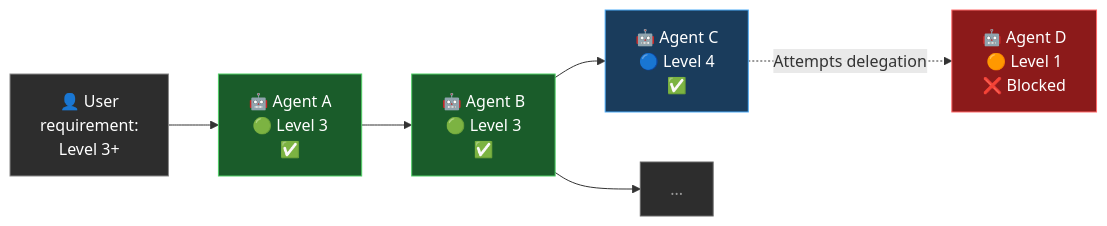
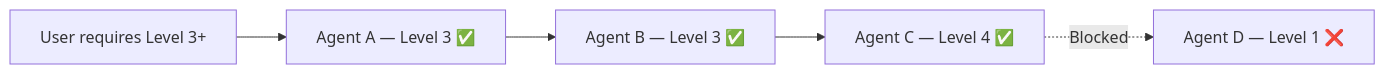
Before and after one commit to StevenJohnson998/agent-data-handling-policy: the fourth of 4 diagrams in README.md, drawn with Mermaid. The commit also changed other lines of this file, not shown here.

Commit message:
flowchart improvement

````diff
--- a/README.md
+++ b/README.md
@@ -130,15 +109,7 @@
 ```mermaid
 flowchart LR
-    U["👤 User\n requirement:\nLevel 3+"] --> A["🤖 Agent A\n🟢 Level 3\n✅"]
-    A --> B["🤖 Agent B\n🟢 Level 3\n✅"]
-    B --> C["🤖 Agent C\n🔵 Level 4\n✅"]
-    C -.->|"Attempts delegation"| D["🤖 Agent D\n🟠 Level 1\n❌ Blocked"]
-    B --> E["..."]
-
-    style A fill:#1a5c2a,stroke:#51cf66,color:#fff
-    style B fill:#1a5c2a,stroke:#51cf66,color:#fff
-    style C fill:#1a3c5c,stroke:#4dabf7,color:#fff
-    style D fill:#8c1a1a,stroke:#ff6b6b,color:#fff
-    style U fill:#2d2d2d,stroke:#888,color:#fff
-    style E fill:#2d2d2d,stroke:#666,color:#999
+    U[User requires Level 3+] --> A[Agent A — Level 3 ✅]
+    A --> B[Agent B — Level 3 ✅]
+    B --> C[Agent C — Level 4 ✅]
+    C -.->|Blocked| D[Agent D — Level 1 ❌]
 ```
````
